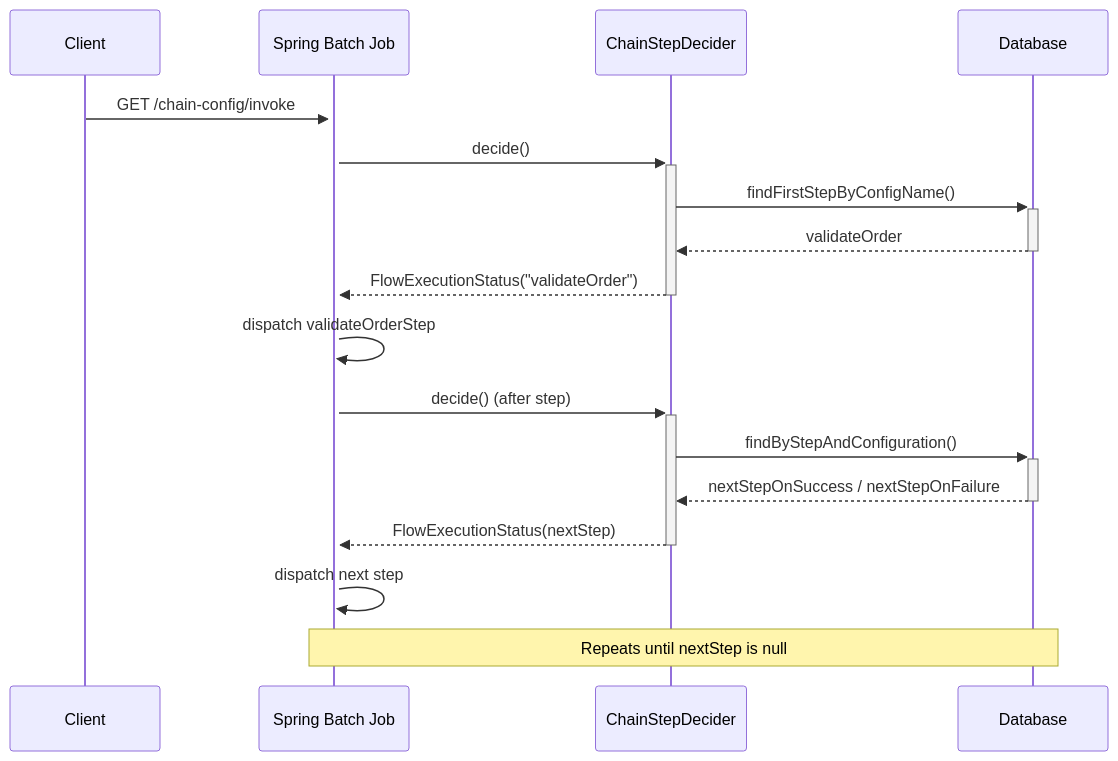
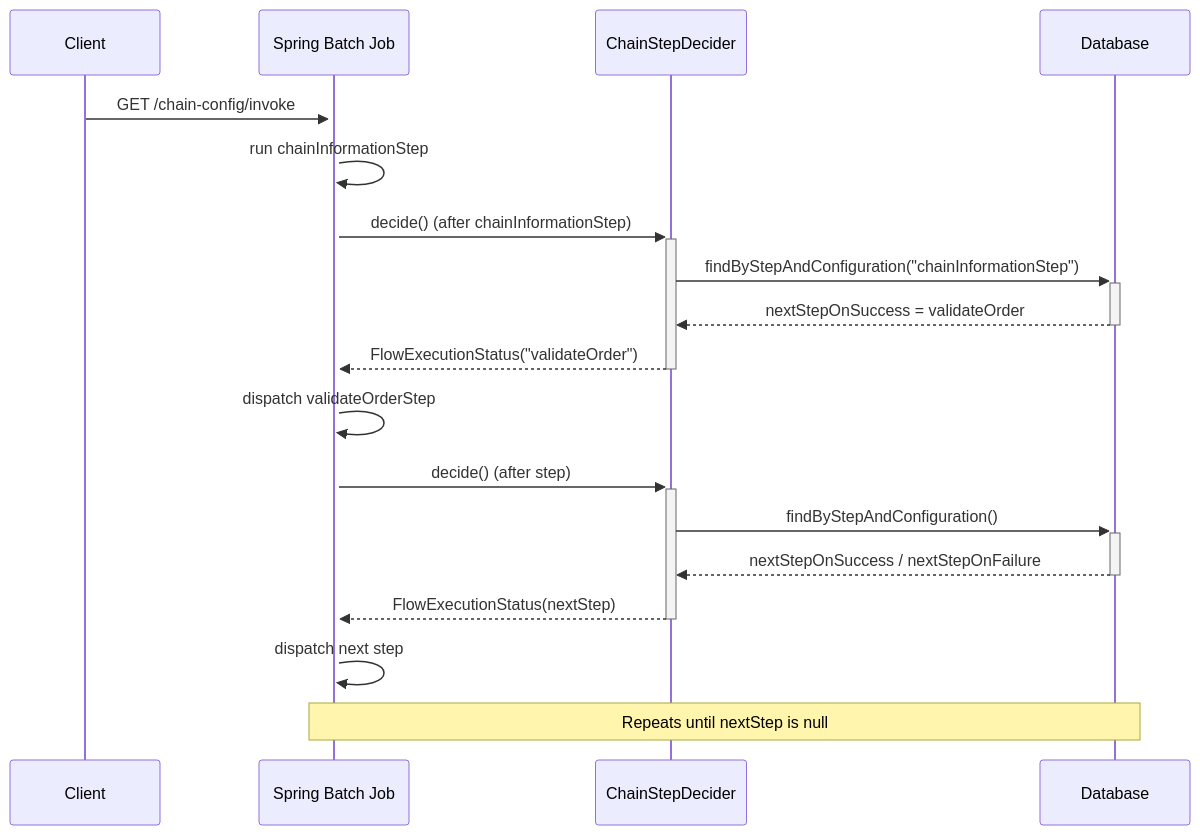
Before and after one commit to Hogwai/hogwai.github.io: the third of 4 diagrams in src/content/posts/en/database-driven-workflow-engine.md, drawn with Mermaid. The commit also changed other lines of this file and 1 other file, not shown here.

````diff
--- a/src/content/posts/en/database-driven-workflow-engine.md
+++ b/src/content/posts/en/database-driven-workflow-engine.md
@@ -411,22 +394,23 @@
 ```mermaid
 sequenceDiagram
     participant C as Client
     participant J as Spring Batch Job
     participant D as ChainStepDecider
     participant DB as Database
 
     C->>+J: GET /chain-config/invoke
-    J->>+D: decide()
-    D->>+DB: findFirstStepByConfigName()
-    DB-->>-D: validateOrder
+    J->>J: run chainInformationStep
+    J->>+D: decide() (after chainInformationStep)
+    D->>+DB: findByStepAndConfiguration("chainInformationStep")
+    DB-->>-D: nextStepOnSuccess = validateOrder
     D-->>-J: FlowExecutionStatus("validateOrder")
     J->>J: dispatch validateOrderStep
 
     J->>+D: decide() (after step)
     D->>+DB: findByStepAndConfiguration()
     DB-->>-D: nextStepOnSuccess / nextStepOnFailure
     D-->>-J: FlowExecutionStatus(nextStep)
     J->>J: dispatch next step
 
     Note over J,DB: Repeats until nextStep is null
 ```
````
